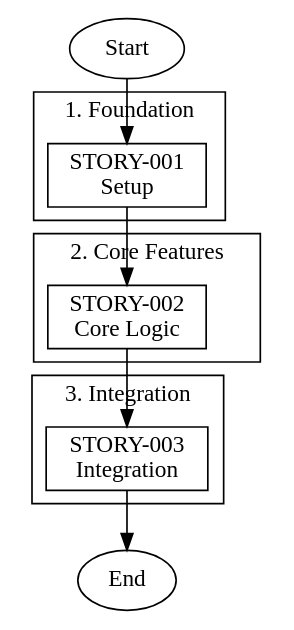
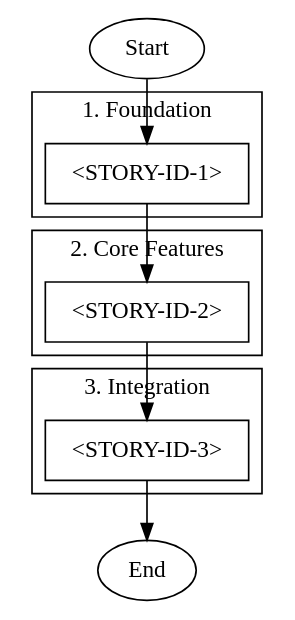
The fourth of 15 diagrams in docs/llm-prompts/DOT_WORKFLOW_ORCHESTRATION_LLM_GUIDE.md (fabceolin/the_edge_agent), drawn with Graphviz before and after one commit. The commit also changed other lines of this file and 8 other files, not shown here.

````diff
--- a/docs/llm-prompts/DOT_WORKFLOW_ORCHESTRATION_LLM_GUIDE.md
+++ b/docs/llm-prompts/DOT_WORKFLOW_ORCHESTRATION_LLM_GUIDE.md
@@ -118,29 +166,29 @@
 ```dot
 digraph sequential_stories {
     rankdir=TB;
     node [shape=box];
 
     Start [label="Start", shape=ellipse];
     End [label="End", shape=ellipse];
 
     subgraph cluster_phase1 {
         label="1. Foundation";
-        story_1 [label="STORY-001\nSetup", command="tea-python run examples/workflows/bmad-story-development.yaml --input '{\"arg\": \"docs/stories/STORY-001.md\"}'"];
+        story_1 [label="<STORY-ID-1>", command="tea-python run <WORKFLOW_PATH> --input-timeout 54000 --input '{\"arg\": \"<STORIES_PATH>/<STORY-1-FILE>.md\"}'"];
     }
 
     subgraph cluster_phase2 {
         label="2. Core Features";
-        story_2 [label="STORY-002\nCore Logic", command="tea-python run examples/workflows/bmad-story-development.yaml --input '{\"arg\": \"docs/stories/STORY-002.md\"}'"];
+        story_2 [label="<STORY-ID-2>", command="tea-python run <WORKFLOW_PATH> --input-timeout 54000 --input '{\"arg\": \"<STORIES_PATH>/<STORY-2-FILE>.md\"}'"];
     }
 
     subgraph cluster_phase3 {
         label="3. Integration";
-        story_3 [label="STORY-003\nIntegration", command="tea-python run examples/workflows/bmad-story-development.yaml --input '{\"arg\": \"docs/stories/STORY-003.md\"}'"];
+        story_3 [label="<STORY-ID-3>", command="tea-python run <WORKFLOW_PATH> --input-timeout 54000 --input '{\"arg\": \"<STORIES_PATH>/<STORY-3-FILE>.md\"}'"];
     }
 
     Start -> story_1;
     story_1 -> story_2;
     story_2 -> story_3;
     story_3 -> End;
 }
 ```
````
